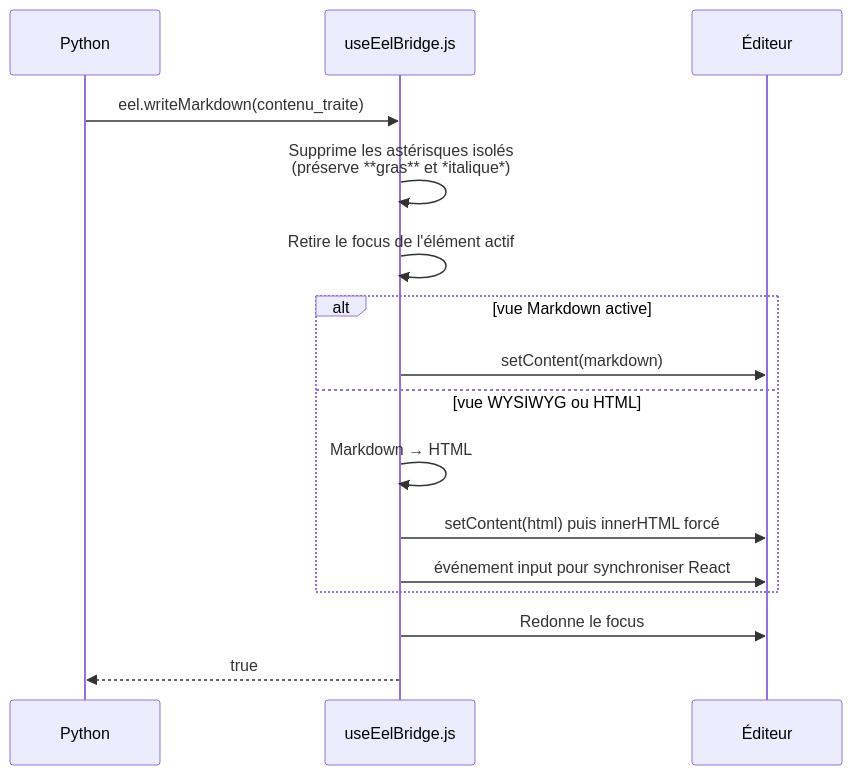
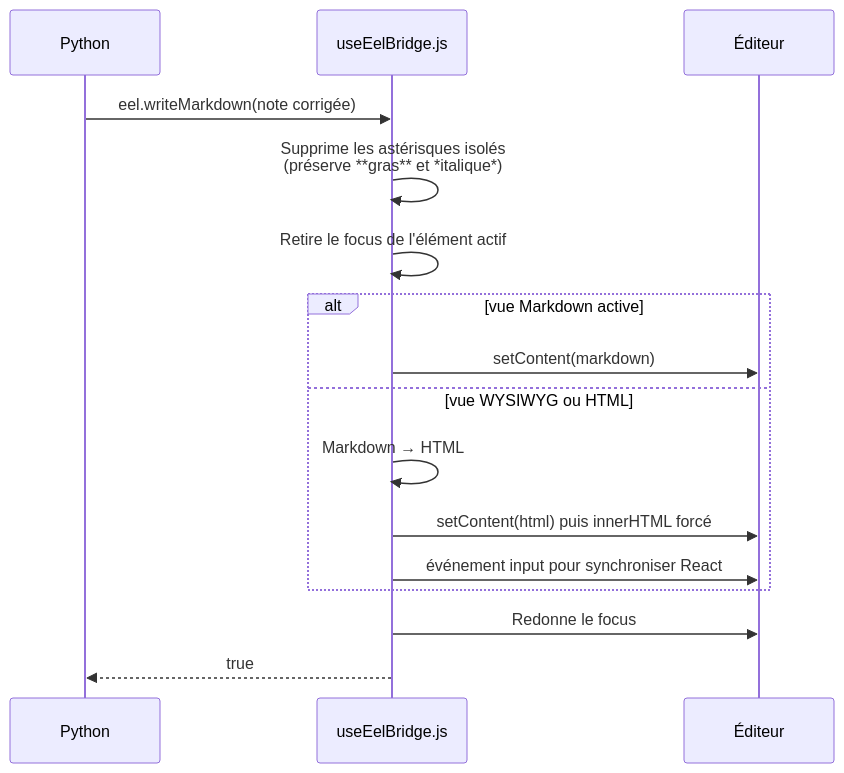
Before and after one commit to lecinquiemejour-code/PromptoDYS_app: the sixth of 8 diagrams in doc/WORKFLOW_GEMINI.md, drawn with Mermaid. The commit also changed other lines of this file and 6 other files, not shown here.

````diff
--- a/doc/WORKFLOW_GEMINI.md
+++ b/doc/WORKFLOW_GEMINI.md
@@ -264,19 +269,19 @@
 ```mermaid
 sequenceDiagram
     participant TK as Python
     participant JS as useEelBridge.js
     participant DOM as Éditeur
 
-    TK->>JS: eel.writeMarkdown(contenu_traite)
+    TK->>JS: eel.writeMarkdown(note corrigée)
     JS->>JS: Supprime les astérisques isolés<br/>(préserve **gras** et *italique*)
     JS->>JS: Retire le focus de l'élément actif
     alt vue Markdown active
         JS->>DOM: setContent(markdown)
     else vue WYSIWYG ou HTML
         JS->>JS: Markdown → HTML
         JS->>DOM: setContent(html) puis innerHTML forcé
         JS->>DOM: événement input pour synchroniser React
     end
     JS->>DOM: Redonne le focus
     JS-->>TK: true
 ```
````
